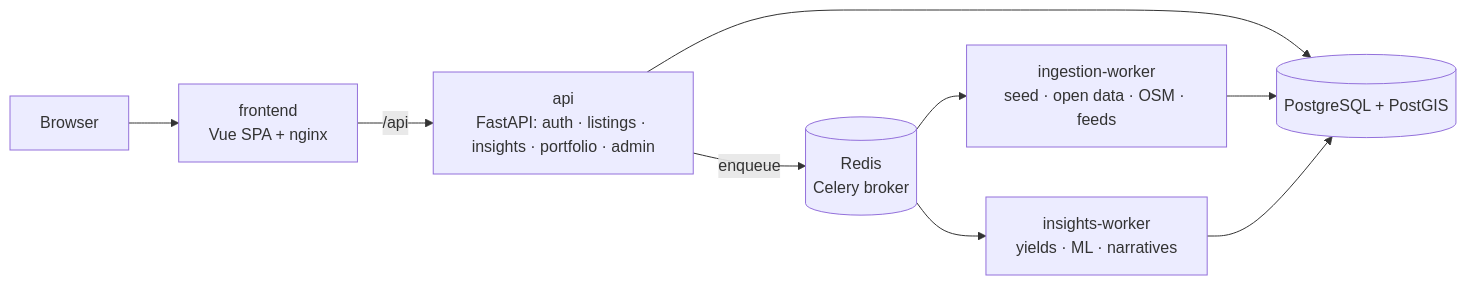
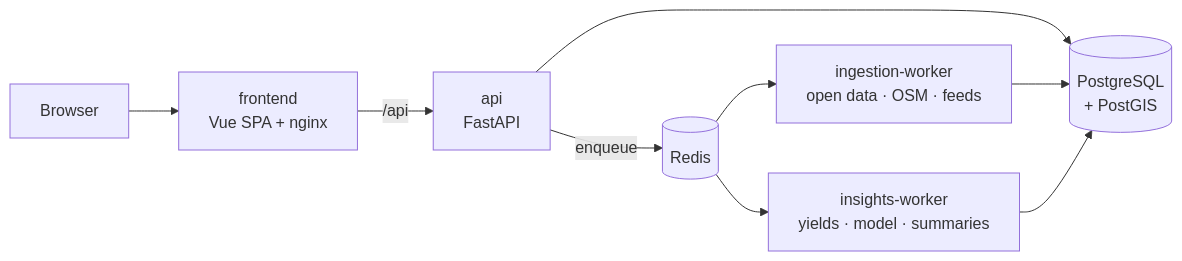
The diagram in README.md (e-choness/NeighborIQ), drawn with Mermaid before and after one commit. The commit also changed other lines of this file and 41 other files, not shown here.

````diff
--- a/README.md
+++ b/README.md
@@ -47,11 +92,11 @@
 ```mermaid
 flowchart LR
     Browser --> Web["frontend<br/>Vue SPA + nginx"]
-    Web -->|/api| API["api<br/>FastAPI: auth · listings · insights · portfolio · admin"]
-    API --> PG[("PostgreSQL + PostGIS")]
-    API -->|enqueue| Redis[("Redis<br/>Celery broker")]
-    Redis --> IW["ingestion-worker<br/>seed · open data · OSM · feeds"]
-    Redis --> AW["insights-worker<br/>yields · ML · narratives"]
+    Web -->|/api| API["api<br/>FastAPI"]
+    API --> PG[("PostgreSQL<br/>+ PostGIS")]
+    API -->|enqueue| Redis[("Redis")]
+    Redis --> IW["ingestion-worker<br/>open data · OSM · feeds"]
+    Redis --> AW["insights-worker<br/>yields · model · summaries"]
     IW --> PG
     AW --> PG
 ```
````
